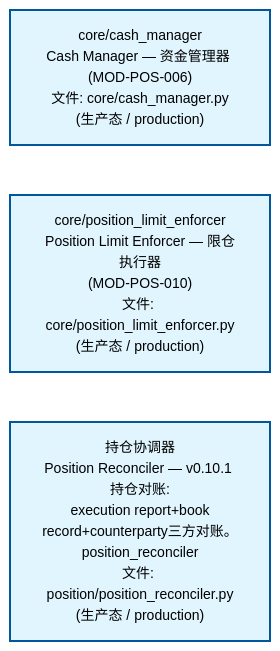
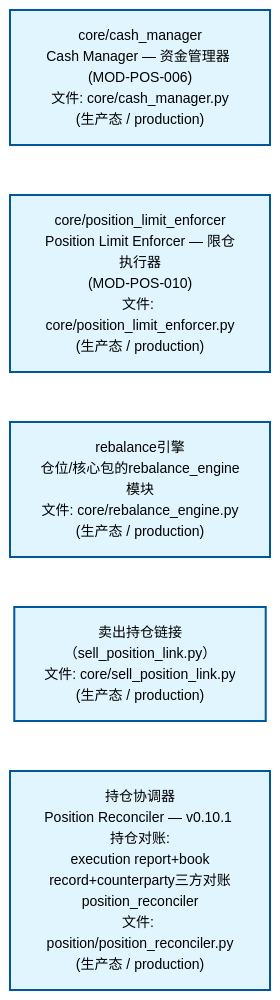
Before and after one commit to xuanFelixVan/ZephyrAlpha: the second of 4 diagrams in docs/02_enterprise_architecture/02_domain_architecture_docs/64_d_position.md, drawn with Mermaid. The commit also changed other lines of this file and 62 other files, not shown here.

````diff
--- a/docs/02_enterprise_architecture/02_domain_architecture_docs/64_d_position.md
+++ b/docs/02_enterprise_architecture/02_domain_architecture_docs/64_d_position.md
@@ -106,14 +107,18 @@
 ```mermaid
 %%{init: {'theme': 'base', 'themeVariables': {'primaryColor': '#eaeaea', 'primaryTextColor': '#333333', 'primaryBorderColor': '#666666', 'lineColor': '#666666', 'secondaryColor': '#eaeaea', 'tertiaryColor': '#eaeaea', 'fontSize': '14px'}}}%%
 flowchart TD
     src_zephyr_position_core_cash_manager_py["core/cash_manager<br/>Cash Manager — 资金管理器 (MOD-POS-006)<br/>文件: core/cash_manager.py<br/>(生产态 / production)"]
     src_zephyr_position_core_position_limit_enforcer_py["core/position_limit_enforcer<br/>Position Limit Enforcer — 限仓执行器<br/>(MOD-POS-010)<br/>文件: core/position_limit_enforcer.py<br/>(生产态 / production)"]
-    src_zephyr_position_position_reconciler_py["持仓协调器<br/>Position Reconciler — v0.10.1 持仓对账:<br/>execution report+book<br/>record+counterparty三方对账。<br/>position_reconciler<br/>文件: position/position_reconciler.py<br/>(生产态 / production)"]
+    src_zephyr_position_core_rebalance_engine_py["rebalance引擎<br/>仓位/核心包的rebalance_engine模块<br/>文件: core/rebalance_engine.py<br/>(生产态 / production)"]
+    src_zephyr_position_core_sell_position_link_py["卖出持仓链接<br/>（sell_position_link.py）<br/>文件: core/sell_position_link.py<br/>(生产态 / production)"]
+    src_zephyr_position_position_reconciler_py["持仓协调器<br/>Position Reconciler — v0.10.1 持仓对账:<br/>execution report+book<br/>record+counterparty三方对账<br/>position_reconciler<br/>文件: position/position_reconciler.py<br/>(生产态 / production)"]
     src_zephyr_position_core_cash_manager_py ~~~ src_zephyr_position_core_position_limit_enforcer_py
-    src_zephyr_position_core_position_limit_enforcer_py ~~~ src_zephyr_position_position_reconciler_py
+    src_zephyr_position_core_position_limit_enforcer_py ~~~ src_zephyr_position_core_rebalance_engine_py
+    src_zephyr_position_core_rebalance_engine_py ~~~ src_zephyr_position_core_sell_position_link_py
+    src_zephyr_position_core_sell_position_link_py ~~~ src_zephyr_position_position_reconciler_py
     classDef production fill:#e1f5fe,stroke:#01579b,stroke-width:2px,color:#000
     classDef design fill:#fff3e0,stroke:#e65100,stroke-width:2px,color:#000,stroke-dasharray: 5 5
     classDef external_prod fill:#e8f4fd,stroke:#0277bd,stroke-width:1px,color:#000
     classDef external_design fill:#fff8e7,stroke:#ef6c00,stroke-width:1px,color:#000,stroke-dasharray: 5 5
-    class src_zephyr_position_core_cash_manager_py,src_zephyr_position_core_position_limit_enforcer_py,src_zephyr_position_position_reconciler_py production
+    class src_zephyr_position_core_cash_manager_py,src_zephyr_position_core_position_limit_enforcer_py,src_zephyr_position_core_rebalance_engine_py,src_zephyr_position_core_sell_position_link_py,src_zephyr_position_position_reconciler_py production
 ```
````
